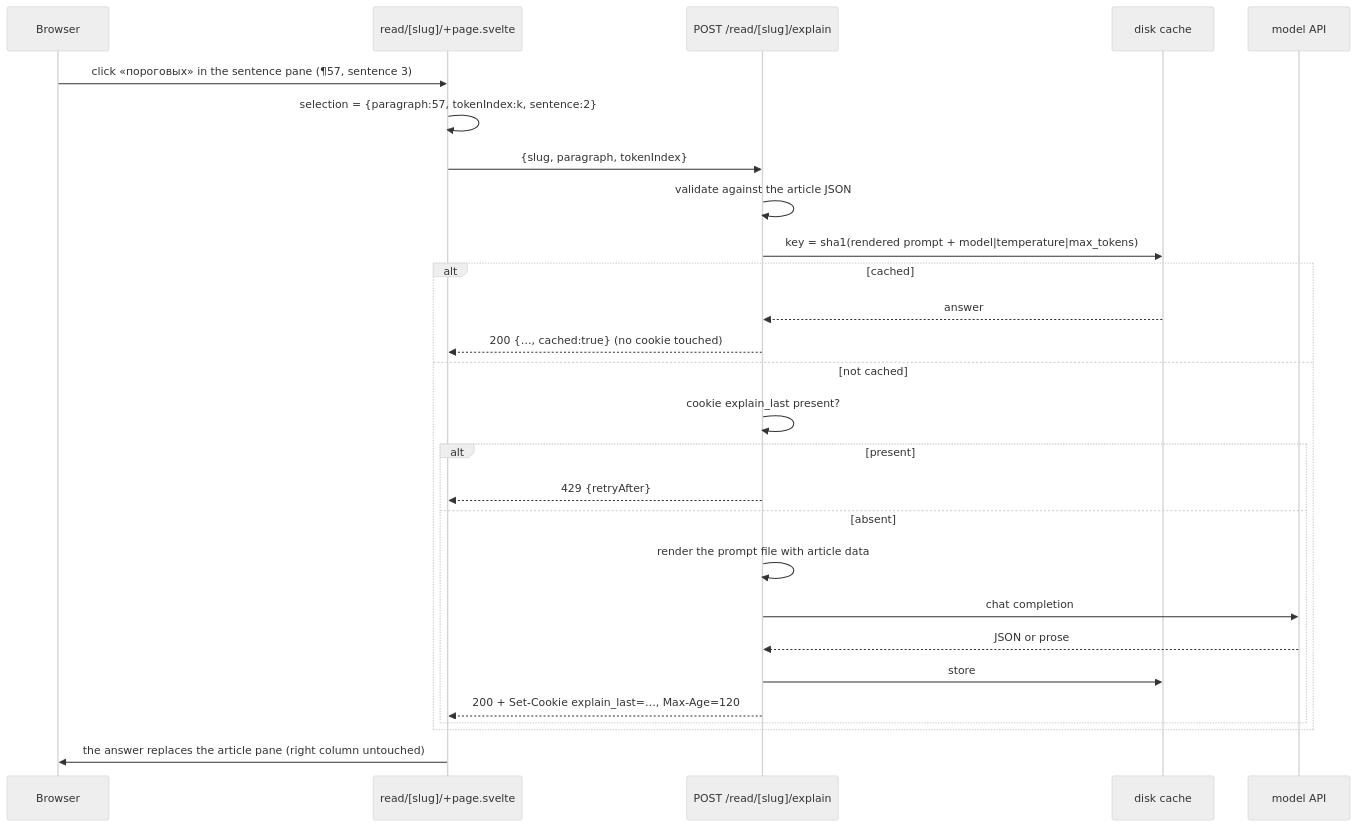
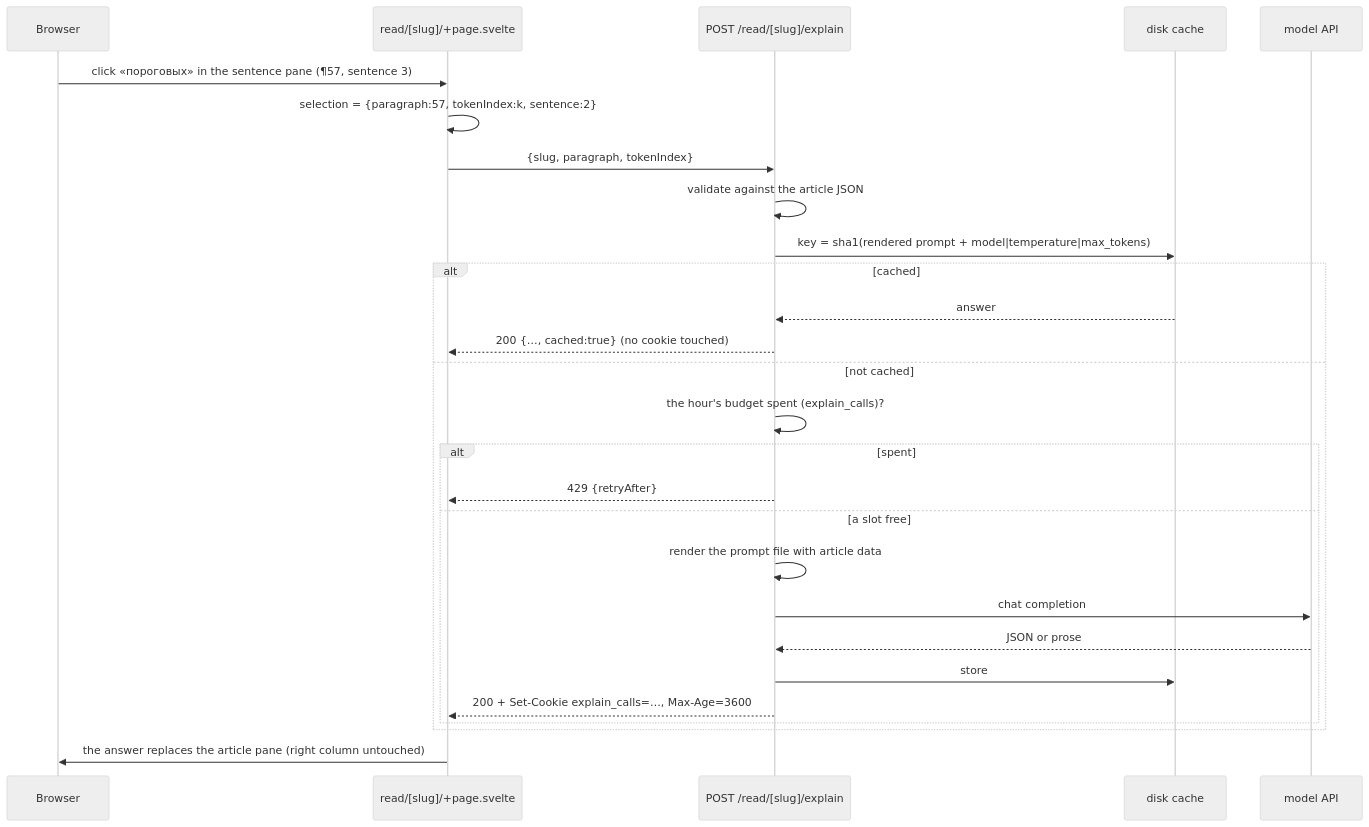
One commit to cognominal/russian-reader changed the diagram in .scratch/word-explanation/spec.md. Above: the diagram before and after it, drawn with Mermaid (neutral theme). The commit also changed other lines of this file and 8 other files, not shown here.

````diff
--- a/.scratch/word-explanation/spec.md
+++ b/.scratch/word-explanation/spec.md
@@ -59,29 +59,29 @@
 ```mermaid
 sequenceDiagram
     participant U as Browser
     participant P as read/[slug]/+page.svelte
     participant E as POST /read/[slug]/explain
     participant C as disk cache
     participant M as model API
     U->>P: click «пороговых» in the sentence pane (¶57, sentence 3)
     P->>P: selection = {paragraph:57, tokenIndex:k, sentence:2}
     P->>E: {slug, paragraph, tokenIndex}
     E->>E: validate against the article JSON
     E->>C: key = sha1(rendered prompt + model|temperature|max_tokens)
     alt cached
         C-->>E: answer
         E-->>P: 200 {…, cached:true} (no cookie touched)
     else not cached
-        E->>E: cookie explain_last present?
-        alt present
+        E->>E: the hour's budget spent (explain_calls)?
+        alt spent
             E-->>P: 429 {retryAfter}
-        else absent
+        else a slot free
             E->>E: render the prompt file with article data
             E->>M: chat completion
             M-->>E: JSON or prose
             E->>C: store
-            E-->>P: 200 + Set-Cookie explain_last=…, Max-Age=120
+            E-->>P: 200 + Set-Cookie explain_calls=…, Max-Age=3600
         end
     end
     P->>U: the answer replaces the article pane (right column untouched)
 ```
````
